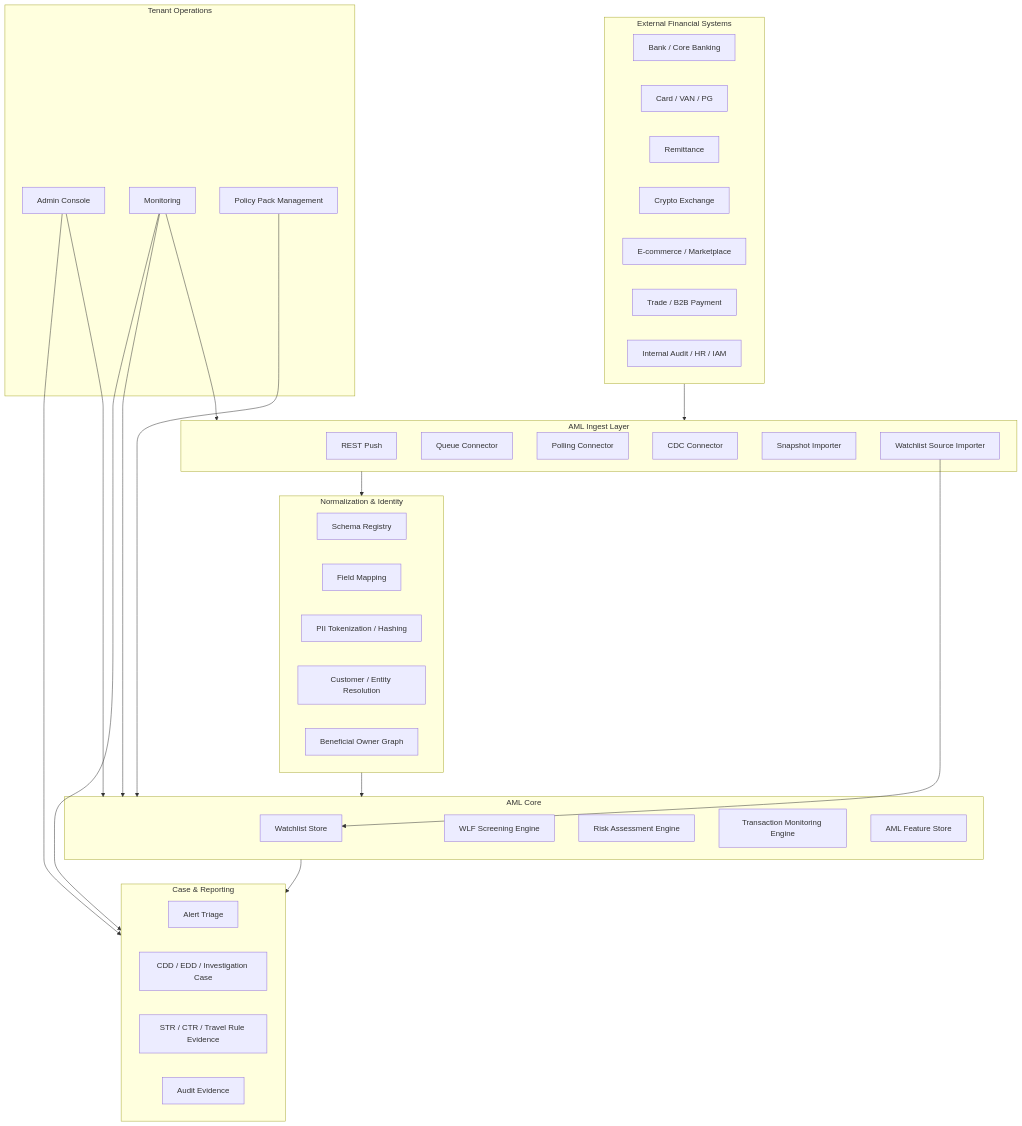
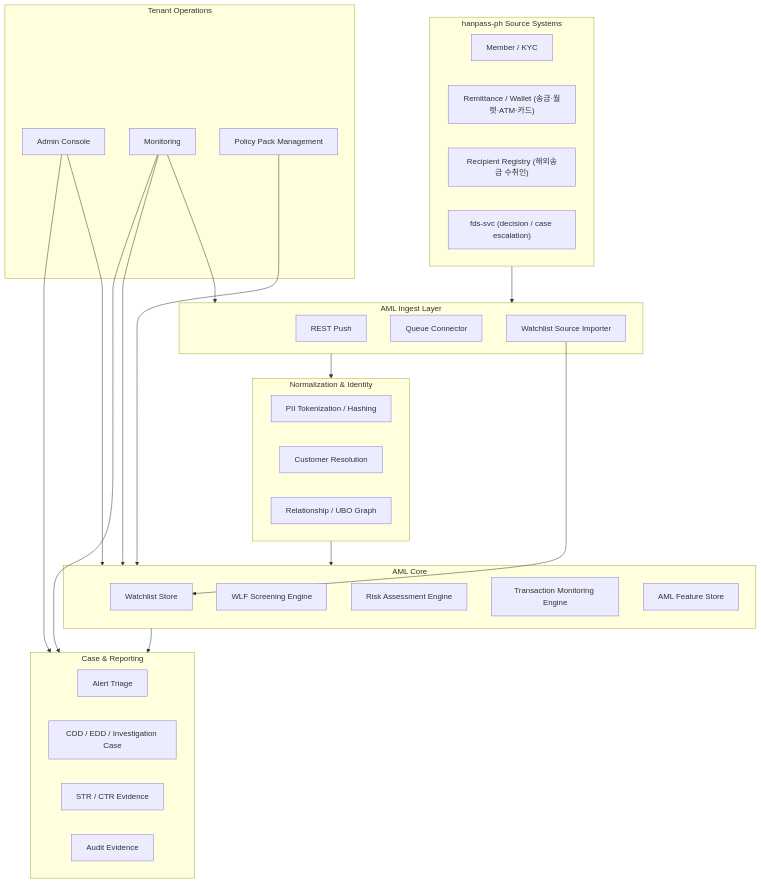
Before and after one commit to smkim89/aml-system-docs: the first of 4 diagrams in docs/software/02-amlSvc-sass.md, drawn with Mermaid. The commit also changed other lines of this file and 11 other files, not shown here.

````diff
--- a/docs/software/02-amlSvc-sass.md
+++ b/docs/software/02-amlSvc-sass.md
@@ -273,59 +234,51 @@
 ```mermaid
 flowchart TB
-    subgraph External["External Financial Systems"]
-        Bank["Bank / Core Banking"]
-        Card["Card / VAN / PG"]
-        Remit["Remittance"]
-        Crypto["Crypto Exchange"]
-        Commerce["E-commerce / Marketplace"]
-        Trade["Trade / B2B Payment"]
-        Audit["Internal Audit / HR / IAM"]
+    subgraph External["hanpass-ph Source Systems"]
+        Member["Member / KYC"]
+        Remit["Remittance / Wallet (송금·월렛·ATM·카드)"]
+        Recipient["Recipient Registry (해외송금 수취인)"]
+        FDS["fds-svc (decision / case escalation)"]
     end
 
     subgraph Ingest["AML Ingest Layer"]
         Push["REST Push"]
         Queue["Queue Connector"]
-        Poll["Polling Connector"]
-        CDC["CDC Connector"]
-        Snapshot["Snapshot Importer"]
         ListSrc["Watchlist Source Importer"]
     end
 
     subgraph Normalize["Normalization & Identity"]
-        Schema["Schema Registry"]
-        Mapper["Field Mapping"]
         PII["PII Tokenization / Hashing"]
-        Entity["Customer / Entity Resolution"]
-        UBO["Beneficial Owner Graph"]
+        Entity["Customer Resolution"]
+        UBO["Relationship / UBO Graph"]
     end
 
     subgraph Core["AML Core"]
         Watch["Watchlist Store"]
         WLF["WLF Screening Engine"]
         RA["Risk Assessment Engine"]
         TM["Transaction Monitoring Engine"]
         Feature["AML Feature Store"]
     end
 
     subgraph CaseReport["Case & Reporting"]
         Alert["Alert Triage"]
         Case["CDD / EDD / Investigation Case"]
-        Report["STR / CTR / Travel Rule Evidence"]
+        Report["STR / CTR Evidence"]
         AuditLog["Audit Evidence"]
     end
 
     subgraph Ops["Tenant Operations"]
         Admin["Admin Console"]
         Monitor["Monitoring"]
         Policy["Policy Pack Management"]
     end
 
     External --> Ingest --> Normalize --> Core --> CaseReport
     ListSrc --> Watch
     Admin --> Core
     Admin --> CaseReport
     Policy --> Core
     Monitor --> Ingest
     Monitor --> Core
     Monitor --> CaseReport
 ```
````
